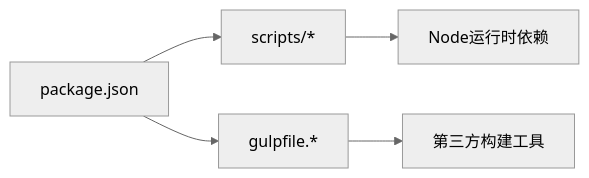
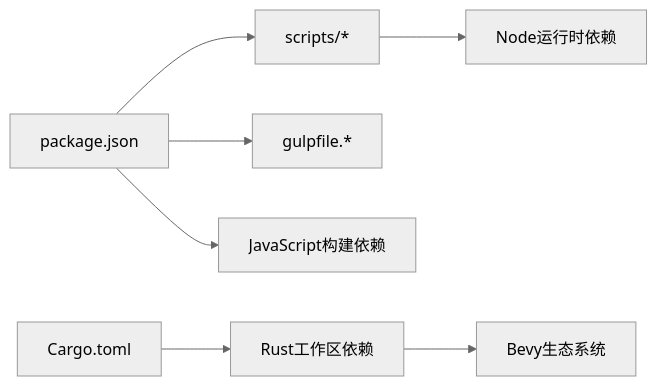
Before and after one commit to rzhangjing/cesium: the sixth of 6 diagrams in .qoder/repowiki/zh/content/构建与部署/构建系统配置/构建系统配置.md, drawn with Mermaid (neutral theme). The commit also changed other lines of this file and 100 other files, not shown here.

````diff
--- a/.qoder/repowiki/zh/content/构建与部署/构建系统配置/构建系统配置.md
+++ b/.qoder/repowiki/zh/content/构建与部署/构建系统配置/构建系统配置.md
@@ -212,7 +284,9 @@
 ```mermaid
 graph LR
 P["package.json"] --> S["scripts/*"]
 P --> G["gulpfile.*"]
-G --> T["第三方构建工具"]
-S --> U["Node运行时依赖"]
+P --> T["JavaScript构建依赖"]
+R["Cargo.toml"] --> U["Rust工作区依赖"]
+U --> V["Bevy生态系统"]
+S --> W["Node运行时依赖"]
 ```
````
